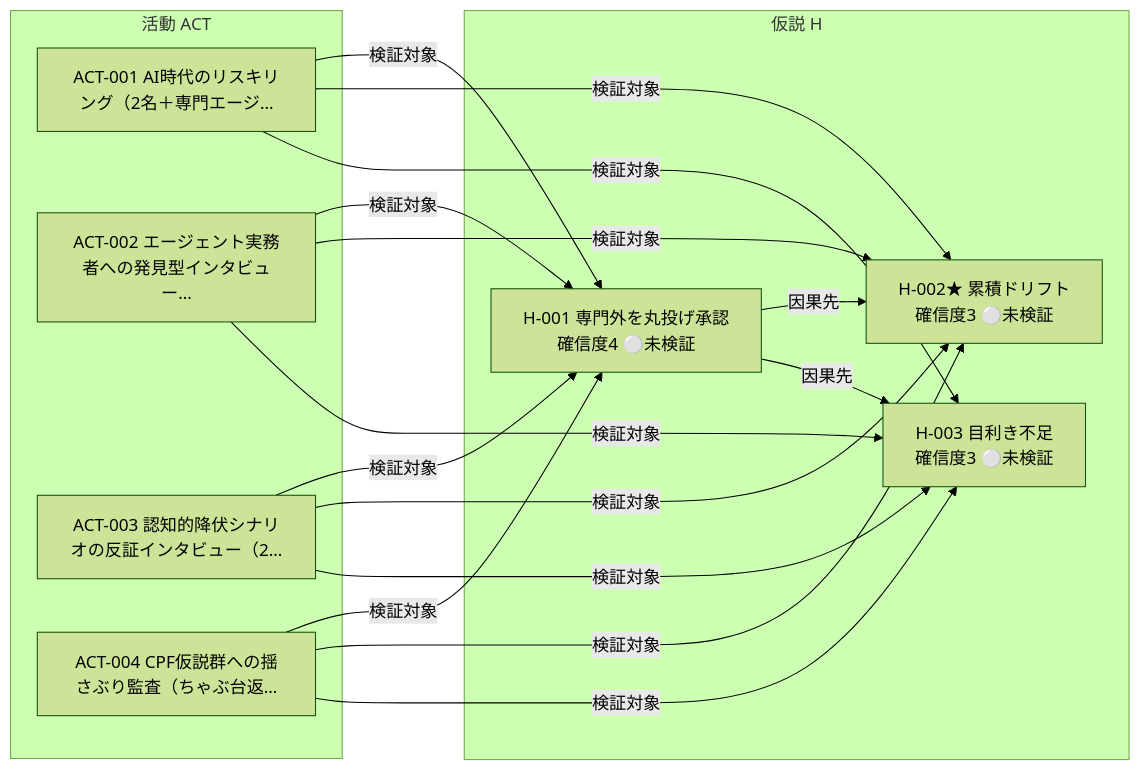
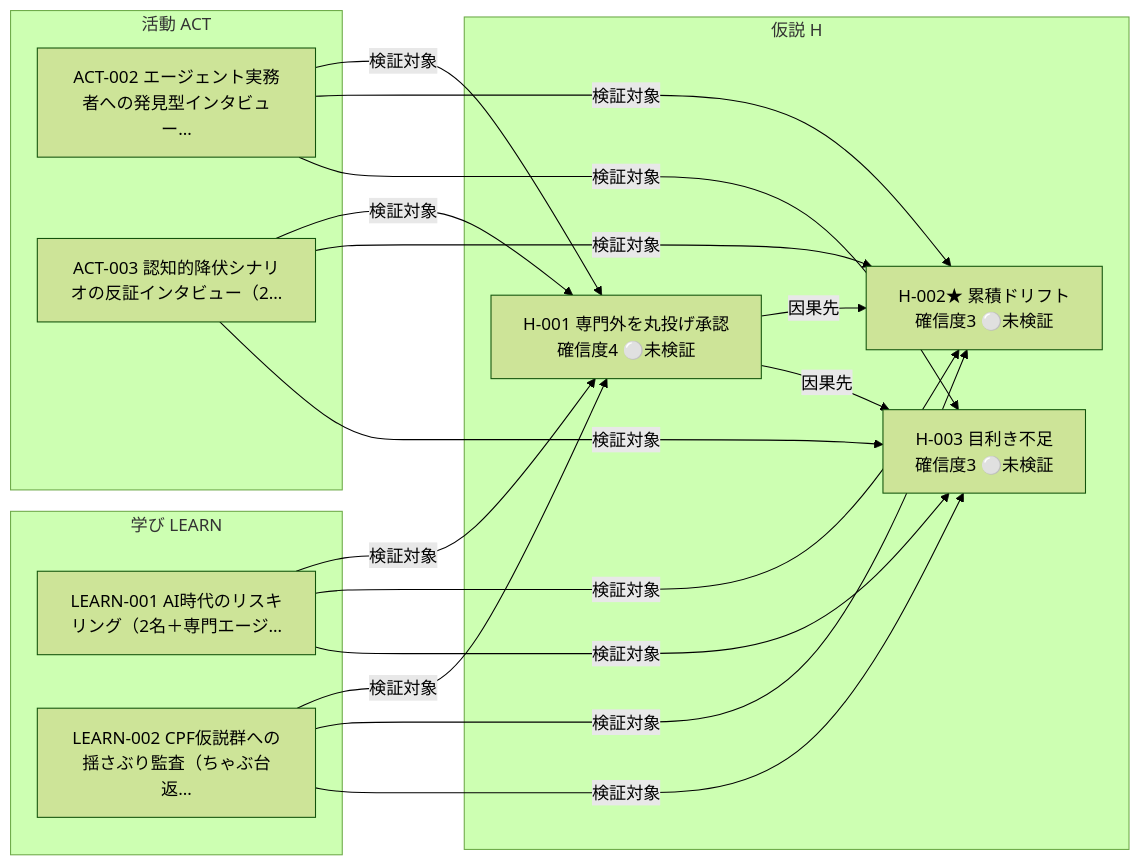
One commit to haru01/hypothesis-wiki changed the diagram in projects/ai-reskilling/wiki/views/relations.md. Above: the diagram before and after it, drawn with Mermaid (forest theme). The commit also changed other lines of this file and 70 other files, not shown here.

First line of the commit message:
活動レコードを「実験計画(ACT)」と「学び(LEARN)」に分割し、update→create へ寄せる (#28)

````diff
--- a/projects/ai-reskilling/wiki/views/relations.md
+++ b/projects/ai-reskilling/wiki/views/relations.md
@@ -10,28 +9,30 @@
 ```mermaid
 flowchart LR
     subgraph H["仮説 H"]
       AIRE_H_001["H-001 専門外を丸投げ承認<br/>確信度4 ⚪未検証"]
       AIRE_H_002["H-002★ 累積ドリフト<br/>確信度3 ⚪未検証"]
       AIRE_H_003["H-003 目利き不足<br/>確信度3 ⚪未検証"]
     end
     subgraph ACT["活動 ACT"]
-      AIRE_ACT_001["ACT-001 AI時代のリスキリング（2名＋専門エージ…"]
       AIRE_ACT_002["ACT-002 エージェント実務者への発見型インタビュー…"]
       AIRE_ACT_003["ACT-003 認知的降伏シナリオの反証インタビュー（2…"]
-      AIRE_ACT_004["ACT-004 CPF仮説群への揺さぶり監査（ちゃぶ台返…"]
+    end
+    subgraph LEARN["学び LEARN"]
+      AIRE_LEARN_001["LEARN-001 AI時代のリスキリング（2名＋専門エージ…"]
+      AIRE_LEARN_002["LEARN-002 CPF仮説群への揺さぶり監査（ちゃぶ台返…"]
     end
     AIRE_H_001 -->|因果先| AIRE_H_002
     AIRE_H_001 -->|因果先| AIRE_H_003
-    AIRE_ACT_001 -->|検証対象| AIRE_H_001
-    AIRE_ACT_001 -->|検証対象| AIRE_H_002
-    AIRE_ACT_001 -->|検証対象| AIRE_H_003
     AIRE_ACT_002 -->|検証対象| AIRE_H_001
     AIRE_ACT_002 -->|検証対象| AIRE_H_002
     AIRE_ACT_002 -->|検証対象| AIRE_H_003
     AIRE_ACT_003 -->|検証対象| AIRE_H_001
     AIRE_ACT_003 -->|検証対象| AIRE_H_002
     AIRE_ACT_003 -->|検証対象| AIRE_H_003
-    AIRE_ACT_004 -->|検証対象| AIRE_H_001
-    AIRE_ACT_004 -->|検証対象| AIRE_H_002
-    AIRE_ACT_004 -->|検証対象| AIRE_H_003
+    AIRE_LEARN_001 -->|検証対象| AIRE_H_001
+    AIRE_LEARN_001 -->|検証対象| AIRE_H_002
+    AIRE_LEARN_001 -->|検証対象| AIRE_H_003
+    AIRE_LEARN_002 -->|検証対象| AIRE_H_001
+    AIRE_LEARN_002 -->|検証対象| AIRE_H_002
+    AIRE_LEARN_002 -->|検証対象| AIRE_H_003
 ```
````
